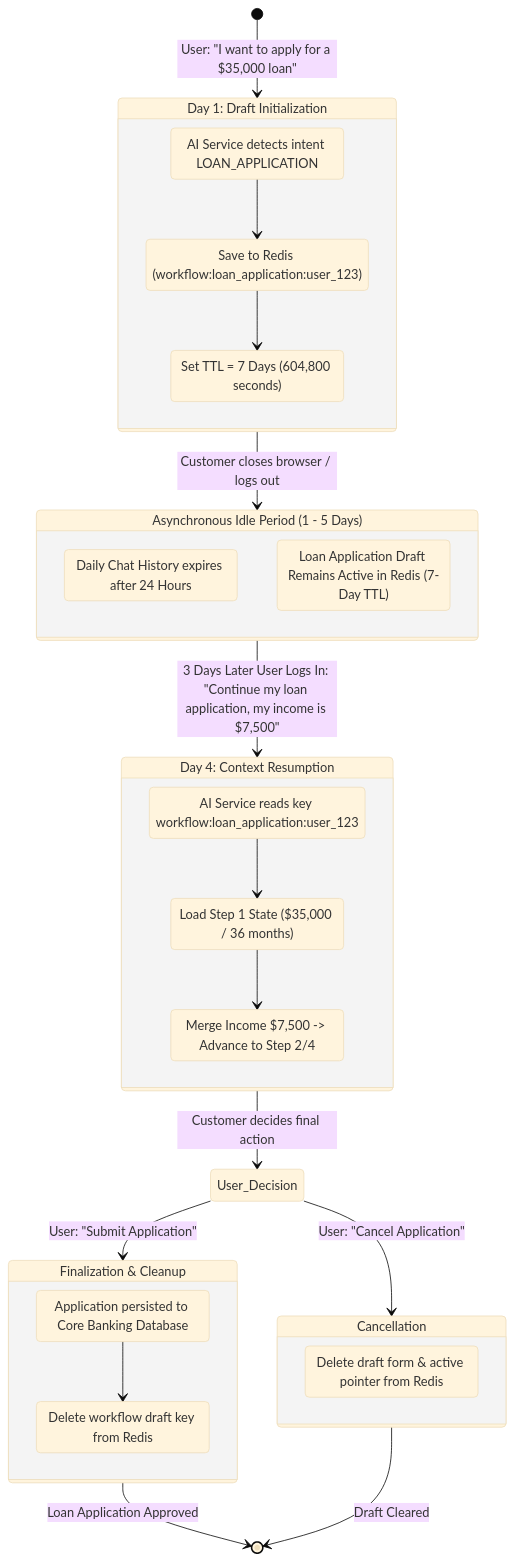
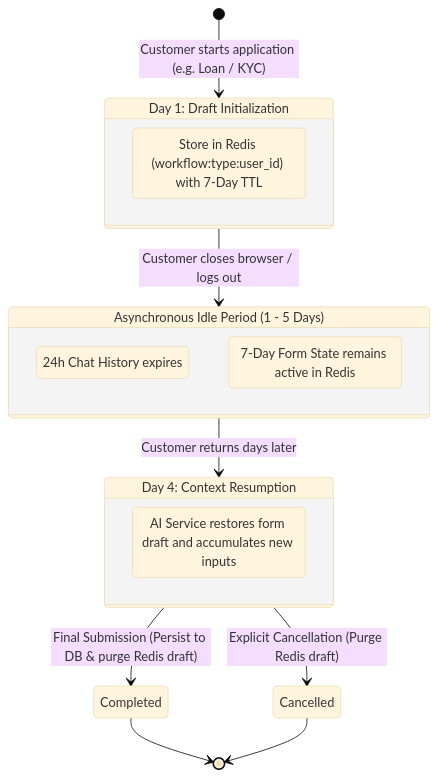
One commit to tirenn/bank changed the third of 4 diagrams in ARCHITECTURE.md. Above: the diagram before and after it, drawn with Mermaid (base theme). The commit also changed other lines of this file and 3 other files, not shown here.

Commit message:
docs: initialize architecture documentation for frontend and backend services

````diff
--- a/ARCHITECTURE.md
+++ b/ARCHITECTURE.md
@@ -248,48 +136,27 @@
 ```mermaid
 stateDiagram-v2
-    [*] --> Day1_Start: User: "I want to apply for a $35,000 loan"
+    [*] --> Day1_Start: Customer starts application (e.g. Loan / KYC)
     
     state "Day 1: Draft Initialization" as Day1_Start {
-        AI_Detect: AI Service detects intent LOAN_APPLICATION
-        Save_Redis_S1: Save to Redis (workflow:loan_application:user_123)
-        Set_TTL: Set TTL = 7 Days (604,800 seconds)
-        AI_Detect --> Save_Redis_S1
-        Save_Redis_S1 --> Set_TTL
+        Save_Redis: Store in Redis (workflow:type:user_id) with 7-Day TTL
     }
 
-    Day1_Start --> Sleep: Customer closes browser / logs out
+    Day1_Start --> Idle_Period: Customer closes browser / logs out
 
-    state "Asynchronous Idle Period (1 - 5 Days)" as Sleep {
-        ChatHistory: Daily Chat History expires after 24 Hours
-        WorkflowAlive: Loan Application Draft Remains Active in Redis (7-Day TTL)
+    state "Asynchronous Idle Period (1 - 5 Days)" as Idle_Period {
+        Chat_Expired: 24h Chat History expires
+        Workflow_Alive: 7-Day Form State remains active in Redis
     }
 
-    Sleep --> Day4_Resume: 3 Days Later User Logs In: "Continue my loan application, my income is $7,500"
+    Idle_Period --> Day4_Resume: Customer returns days later
 
     state "Day 4: Context Resumption" as Day4_Resume {
-        Check_Key: AI Service reads key workflow:loan_application:user_123
-        Load_Step1: Load Step 1 State ($35,000 / 36 months)
-        Accumulate_Step2: Merge Income $7,500 -> Advance to Step 2/4
-        Check_Key --> Load_Step1
-        Load_Step1 --> Accumulate_Step2
+        Load_State: AI Service restores form draft and accumulates new inputs
     }
 
-    Day4_Resume --> User_Decision: Customer decides final action
+    Day4_Resume --> Completed: Final Submission (Persist to DB & purge Redis draft)
+    Day4_Resume --> Cancelled: Explicit Cancellation (Purge Redis draft)
 
-    state User_Decision <<choice>>
-    User_Decision --> Complete_Form: User: "Submit Application"
-    User_Decision --> Cancel_Form: User: "Cancel Application"
-
-    state "Finalization & Cleanup" as Complete_Form {
-        Submit_Postgres: Application persisted to Core Banking Database
-        Purge_Draft: Delete workflow draft key from Redis
-        Submit_Postgres --> Purge_Draft
-    }
-
-    state "Cancellation" as Cancel_Form {
-        Purge_All: Delete draft form & active pointer from Redis
-    }
-
-    Complete_Form --> [*]: Loan Application Approved
-    Cancel_Form --> [*]: Draft Cleared
+    Completed --> [*]
+    Cancelled --> [*]
 ```
````
